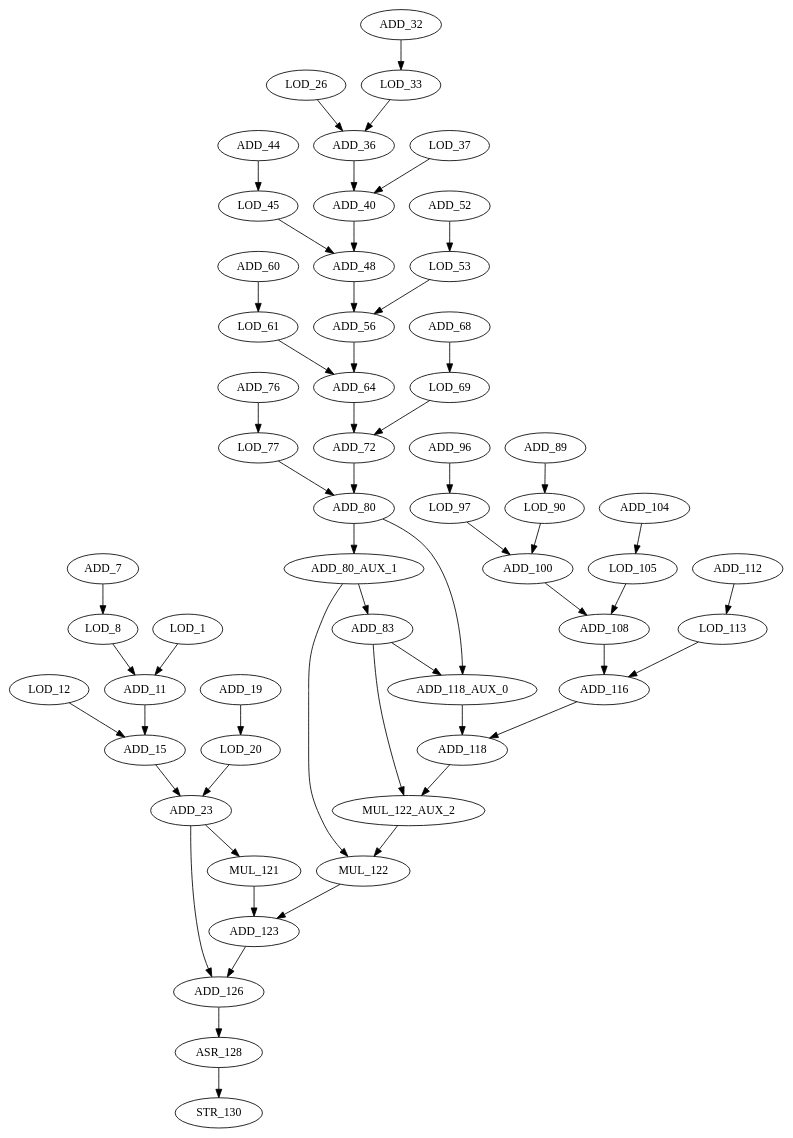
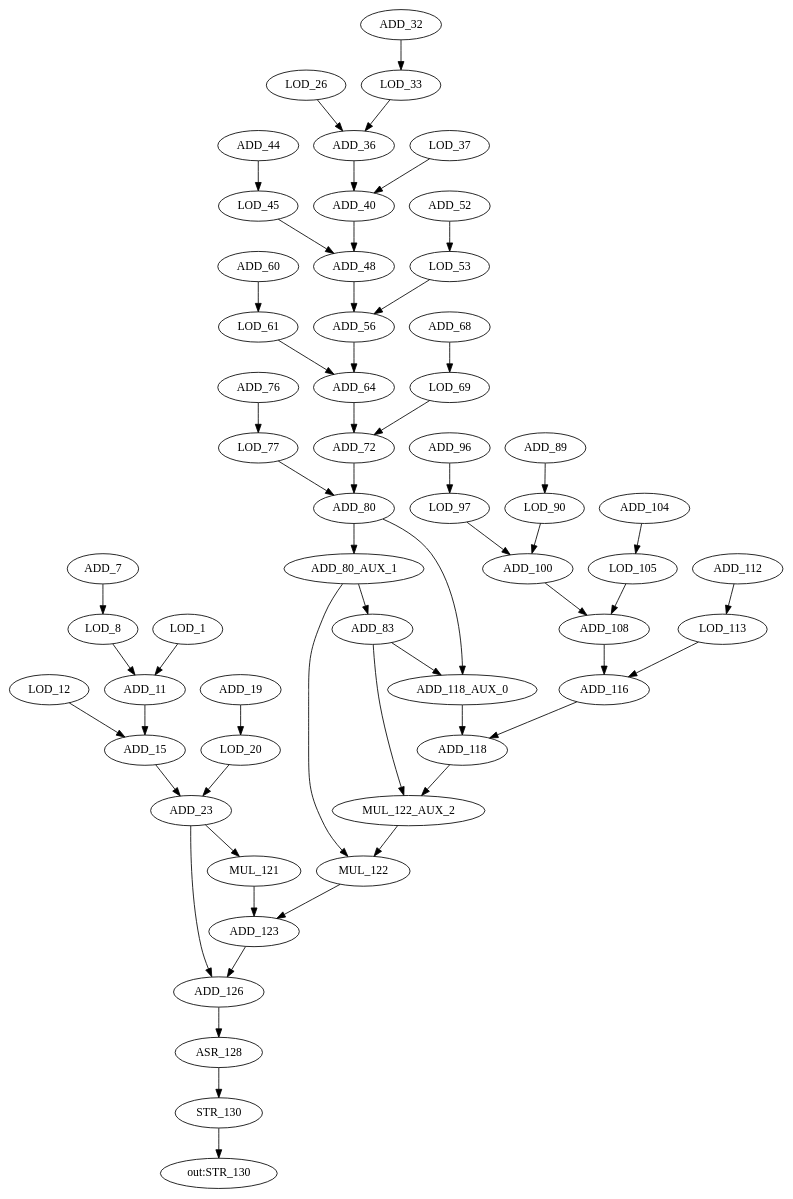
The diagram in dot_dac/cgra/h2v2_smooth.dot (canesche/nvcc_colab_icpp2020), drawn with Graphviz before and after one commit. The commit also changed 106 other files, not shown here.

```diff
--- a/dot_dac/cgra/h2v2_smooth.dot
+++ b/dot_dac/cgra/h2v2_smooth.dot
@@ -1,109 +1,111 @@
-digraph h2v2_smooth {
-	LOD_33 [label = LOD_33 ];
-	LOD_12 [label = LOD_12 ];
-	LOD_37 [label = LOD_37 ];
-	ADD_68 [label = ADD_68 ];
-	MUL_121 [label = MUL_121 ];
-	LOD_90 [label = LOD_90 ];
-	ADD_23 [label = ADD_23 ];
-	ADD_118 [label = ADD_118 ];
-	LOD_61 [label = LOD_61 ];
-	ADD_83 [label = ADD_83 ];
-	ADD_19 [label = ADD_19 ];
-	ADD_72 [label = ADD_72 ];
-	ADD_89 [label = ADD_89 ];
-	ADD_104 [label = ADD_104 ];
-	ASR_128 [label = ASR_128 ];
-	ADD_80_AUX_1 [label = ADD_80_AUX_1 ];
-	LOD_20 [label = LOD_20 ];
-	ADD_60 [label = ADD_60 ];
-	LOD_1 [label = LOD_1 ];
-	ADD_7 [label = ADD_7 ];
-	ADD_40 [label = ADD_40 ];
-	LOD_69 [label = LOD_69 ];
-	LOD_105 [label = LOD_105 ];
-	LOD_26 [label = LOD_26 ];
-	ADD_116 [label = ADD_116 ];
-	ADD_96 [label = ADD_96 ];
-	MUL_122 [label = MUL_122 ];
-	LOD_53 [label = LOD_53 ];
-	LOD_45 [label = LOD_45 ];
-	ADD_44 [label = ADD_44 ];
-	LOD_8 [label = LOD_8 ];
-	ADD_52 [label = ADD_52 ];
-	ADD_11 [label = ADD_11 ];
-	ADD_64 [label = ADD_64 ];
-	LOD_113 [label = LOD_113 ];
-	ADD_123 [label = ADD_123 ];
-	ADD_32 [label = ADD_32 ];
-	ADD_108 [label = ADD_108 ];
-	ADD_36 [label = ADD_36 ];
-	LOD_77 [label = LOD_77 ];
-	ADD_48 [label = ADD_48 ];
-	ADD_80 [label = ADD_80 ];
-	ADD_112 [label = ADD_112 ];
-	ADD_15 [label = ADD_15 ];
-	ADD_76 [label = ADD_76 ];
-	ADD_100 [label = ADD_100 ];
-	LOD_97 [label = LOD_97 ];
-	ADD_126 [label = ADD_126 ];
-	MUL_122_AUX_2 [label = MUL_122_AUX_2 ];
-	STR_130 [label = STR_130 ];
-	ADD_56 [label = ADD_56 ];
-	ADD_118_AUX_0 [label = ADD_118_AUX_0 ];
-	ADD_100->ADD_108 [ name = 0 ];
-	ADD_123->ADD_126 [ name = 1 ];
-	LOD_8->ADD_11 [ name = 2 ];
-	ADD_68->LOD_69 [ name = 3 ];
-	ADD_72->ADD_80 [ name = 4 ];
-	ADD_89->LOD_90 [ name = 5 ];
-	ADD_76->LOD_77 [ name = 6 ];
-	ADD_56->ADD_64 [ name = 7 ];
-	ADD_36->ADD_40 [ name = 8 ];
-	ADD_80_AUX_1->ADD_83 [ name = 9 ];
-	ADD_83->ADD_118_AUX_0 [ name = 10 ];
-	MUL_122->ADD_123 [ name = 11 ];
-	ADD_80->ADD_80_AUX_1 [ name = 12 ];
-	ADD_118_AUX_0->ADD_118 [ name = 13 ];
-	ADD_32->LOD_33 [ name = 14 ];
-	LOD_113->ADD_116 [ name = 15 ];
-	LOD_1->ADD_11 [ name = 16 ];
-	ADD_126->ASR_128 [ name = 17 ];
-	ADD_7->LOD_8 [ name = 18 ];
-	ADD_64->ADD_72 [ name = 19 ];
-	ADD_80_AUX_1->MUL_122 [ name = 20 ];
-	ASR_128->STR_130 [ name = 21 ];
-	LOD_77->ADD_80 [ name = 22 ];
-	LOD_37->ADD_40 [ name = 23 ];
-	LOD_53->ADD_56 [ name = 24 ];
-	ADD_52->LOD_53 [ name = 25 ];
-	LOD_90->ADD_100 [ name = 26 ];
-	ADD_44->LOD_45 [ name = 27 ];
-	LOD_33->ADD_36 [ name = 28 ];
-	ADD_96->LOD_97 [ name = 29 ];
-	LOD_45->ADD_48 [ name = 30 ];
-	ADD_83->MUL_122_AUX_2 [ name = 31 ];
-	LOD_26->ADD_36 [ name = 32 ];
-	LOD_97->ADD_100 [ name = 33 ];
-	ADD_48->ADD_56 [ name = 34 ];
-	ADD_60->LOD_61 [ name = 35 ];
-	LOD_20->ADD_23 [ name = 36 ];
-	ADD_116->ADD_118 [ name = 37 ];
-	ADD_11->ADD_15 [ name = 38 ];
-	ADD_19->LOD_20 [ name = 39 ];
-	LOD_69->ADD_72 [ name = 40 ];
-	ADD_118->MUL_122_AUX_2 [ name = 41 ];
-	LOD_61->ADD_64 [ name = 42 ];
-	LOD_105->ADD_108 [ name = 43 ];
-	ADD_23->MUL_121 [ name = 44 ];
-	ADD_23->ADD_126 [ name = 45 ];
-	ADD_104->LOD_105 [ name = 46 ];
-	MUL_121->ADD_123 [ name = 47 ];
-	LOD_12->ADD_15 [ name = 48 ];
-	MUL_122_AUX_2->MUL_122 [ name = 49 ];
-	ADD_80->ADD_118_AUX_0 [ name = 50 ];
-	ADD_108->ADD_116 [ name = 51 ];
-	ADD_112->LOD_113 [ name = 52 ];
-	ADD_15->ADD_23 [ name = 53 ];
-	ADD_40->ADD_48 [ name = 54 ];
+strict digraph "h2v2_smooth" {
+LOD_33 [label=LOD_33];
+LOD_12 [label=LOD_12];
+LOD_37 [label=LOD_37];
+ADD_68 [label=ADD_68];
+MUL_121 [label=MUL_121];
+LOD_90 [label=LOD_90];
+ADD_23 [label=ADD_23];
+ADD_118 [label=ADD_118];
+LOD_61 [label=LOD_61];
+ADD_83 [label=ADD_83];
+ADD_19 [label=ADD_19];
+ADD_72 [label=ADD_72];
+ADD_89 [label=ADD_89];
+ADD_104 [label=ADD_104];
+ASR_128 [label=ASR_128];
+ADD_80_AUX_1 [label=ADD_80_AUX_1];
+LOD_20 [label=LOD_20];
+ADD_60 [label=ADD_60];
+LOD_1 [label=LOD_1];
+ADD_7 [label=ADD_7];
+ADD_40 [label=ADD_40];
+LOD_69 [label=LOD_69];
+LOD_105 [label=LOD_105];
+LOD_26 [label=LOD_26];
+ADD_116 [label=ADD_116];
+ADD_96 [label=ADD_96];
+MUL_122 [label=MUL_122];
+LOD_53 [label=LOD_53];
+LOD_45 [label=LOD_45];
+ADD_44 [label=ADD_44];
+LOD_8 [label=LOD_8];
+ADD_52 [label=ADD_52];
+ADD_11 [label=ADD_11];
+ADD_64 [label=ADD_64];
+LOD_113 [label=LOD_113];
+ADD_123 [label=ADD_123];
+ADD_32 [label=ADD_32];
+ADD_108 [label=ADD_108];
+ADD_36 [label=ADD_36];
+LOD_77 [label=LOD_77];
+ADD_48 [label=ADD_48];
+ADD_80 [label=ADD_80];
+ADD_112 [label=ADD_112];
+ADD_15 [label=ADD_15];
+ADD_76 [label=ADD_76];
+ADD_100 [label=ADD_100];
+LOD_97 [label=LOD_97];
+ADD_126 [label=ADD_126];
+MUL_122_AUX_2 [label=MUL_122_AUX_2];
+STR_130 [label=STR_130];
+ADD_56 [label=ADD_56];
+ADD_118_AUX_0 [label=ADD_118_AUX_0];
+"out:STR_130";
+LOD_33 -> ADD_36  [name=28];
+LOD_12 -> ADD_15  [name=48];
+LOD_37 -> ADD_40  [name=23];
+ADD_68 -> LOD_69  [name=3];
+MUL_121 -> ADD_123  [name=47];
+LOD_90 -> ADD_100  [name=26];
+ADD_23 -> MUL_121  [name=44];
+ADD_23 -> ADD_126  [name=45];
+ADD_118 -> MUL_122_AUX_2  [name=41];
+LOD_61 -> ADD_64  [name=42];
+ADD_83 -> ADD_118_AUX_0  [name=10];
+ADD_83 -> MUL_122_AUX_2  [name=31];
+ADD_19 -> LOD_20  [name=39];
+ADD_72 -> ADD_80  [name=4];
+ADD_89 -> LOD_90  [name=5];
+ADD_104 -> LOD_105  [name=46];
+ASR_128 -> STR_130  [name=21];
+ADD_80_AUX_1 -> ADD_83  [name=9];
+ADD_80_AUX_1 -> MUL_122  [name=20];
+LOD_20 -> ADD_23  [name=36];
+ADD_60 -> LOD_61  [name=35];
+LOD_1 -> ADD_11  [name=16];
+ADD_7 -> LOD_8  [name=18];
+ADD_40 -> ADD_48  [name=54];
+LOD_69 -> ADD_72  [name=40];
+LOD_105 -> ADD_108  [name=43];
+LOD_26 -> ADD_36  [name=32];
+ADD_116 -> ADD_118  [name=37];
+ADD_96 -> LOD_97  [name=29];
+MUL_122 -> ADD_123  [name=11];
+LOD_53 -> ADD_56  [name=24];
+LOD_45 -> ADD_48  [name=30];
+ADD_44 -> LOD_45  [name=27];
+LOD_8 -> ADD_11  [name=2];
+ADD_52 -> LOD_53  [name=25];
+ADD_11 -> ADD_15  [name=38];
+ADD_64 -> ADD_72  [name=19];
+LOD_113 -> ADD_116  [name=15];
+ADD_123 -> ADD_126  [name=1];
+ADD_32 -> LOD_33  [name=14];
+ADD_108 -> ADD_116  [name=51];
+ADD_36 -> ADD_40  [name=8];
+LOD_77 -> ADD_80  [name=22];
+ADD_48 -> ADD_56  [name=34];
+ADD_80 -> ADD_80_AUX_1  [name=12];
+ADD_80 -> ADD_118_AUX_0  [name=50];
+ADD_112 -> LOD_113  [name=52];
+ADD_15 -> ADD_23  [name=53];
+ADD_76 -> LOD_77  [name=6];
+ADD_100 -> ADD_108  [name=0];
+LOD_97 -> ADD_100  [name=33];
+ADD_126 -> ASR_128  [name=17];
+MUL_122_AUX_2 -> MUL_122  [name=49];
+STR_130 -> "out:STR_130";
+ADD_56 -> ADD_64  [name=7];
+ADD_118_AUX_0 -> ADD_118  [name=13];
 }
```
